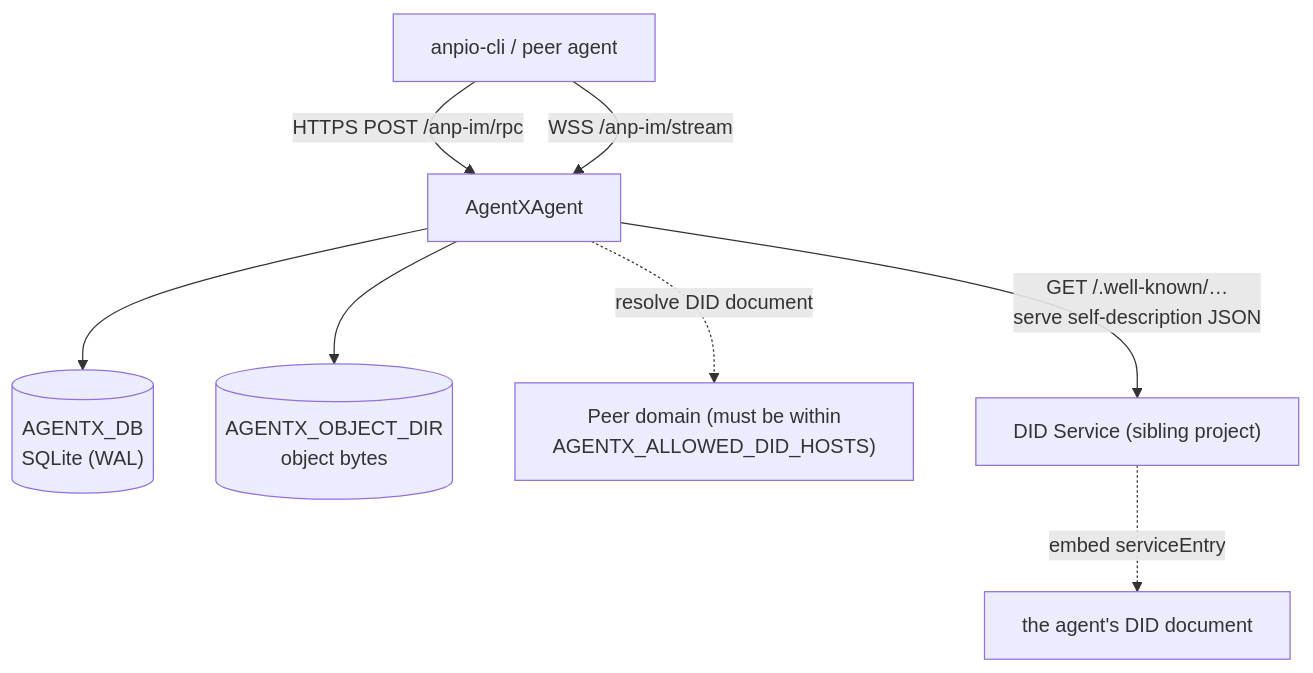
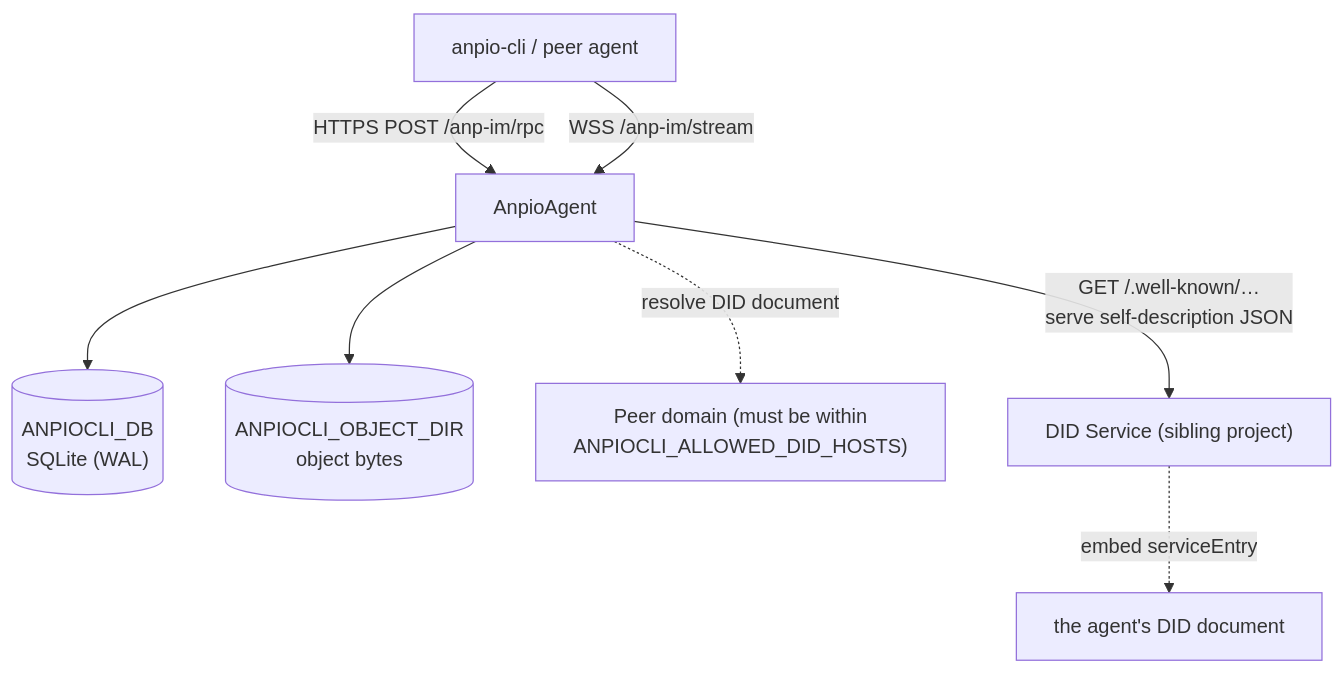
One commit to eccstartup/anpio-cli changed the diagram in vercel/en/guide/deploy.md. Above: the diagram before and after it, drawn with Mermaid. The commit also changed other lines of this file and 140 other files, not shown here.

First line of the commit message:
refactor: the project is anpio-cli

````diff
--- a/vercel/en/guide/deploy.md
+++ b/vercel/en/guide/deploy.md
@@ -21,10 +21,10 @@
 ```mermaid
 graph TD
-  Client["anpio-cli / peer agent"] -->|"HTTPS POST /anp-im/rpc"| SVC["AgentXAgent"]
+  Client["anpio-cli / peer agent"] -->|"HTTPS POST /anp-im/rpc"| SVC["AnpioAgent"]
   Client -->|"WSS /anp-im/stream"| SVC
-  SVC --> DB[("AGENTX_DB<br/>SQLite (WAL)")]
-  SVC --> OBJ[("AGENTX_OBJECT_DIR<br/>object bytes")]
-  SVC -. "resolve DID document" .-> DID["Peer domain (must be within<br/>AGENTX_ALLOWED_DID_HOSTS)"]
+  SVC --> DB[("ANPIOCLI_DB<br/>SQLite (WAL)")]
+  SVC --> OBJ[("ANPIOCLI_OBJECT_DIR<br/>object bytes")]
+  SVC -. "resolve DID document" .-> DID["Peer domain (must be within<br/>ANPIOCLI_ALLOWED_DID_HOSTS)"]
   DIDService["DID Service (sibling project)"] -. "embed serviceEntry" .-> DOC["the agent's DID document"]
   SVC -->|"GET /.well-known/…<br/>serve self-description JSON"| DIDService
 ```
````
